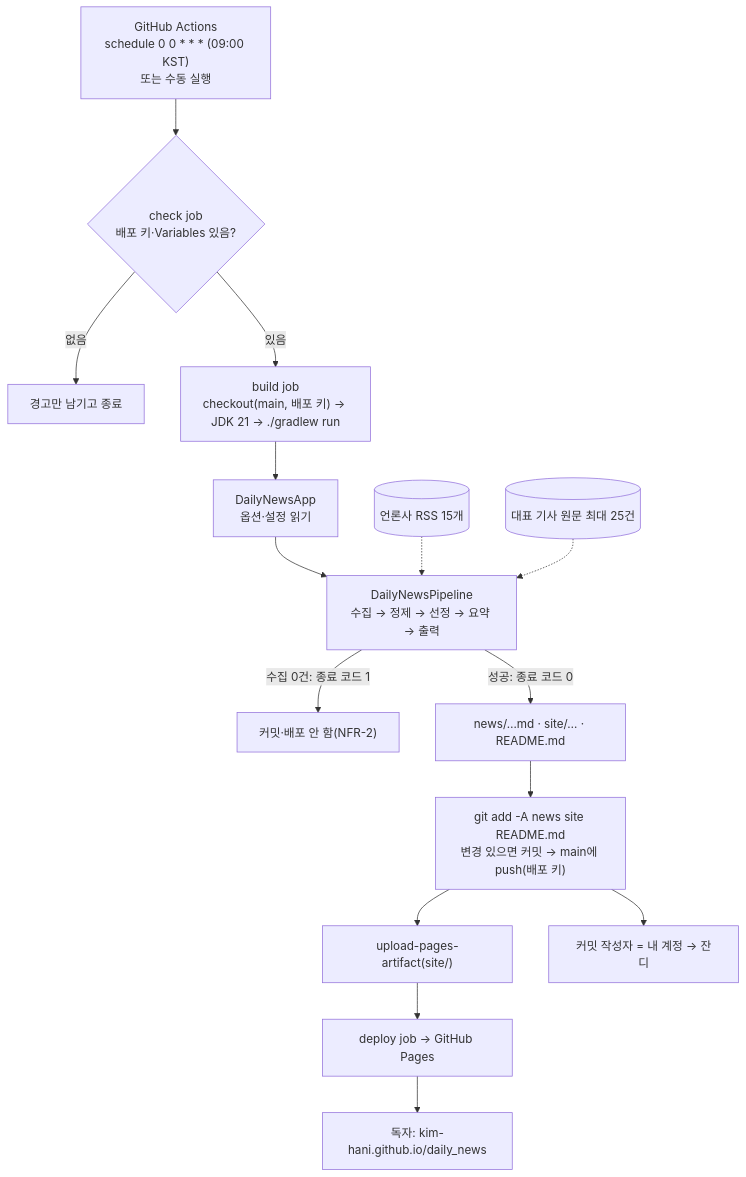
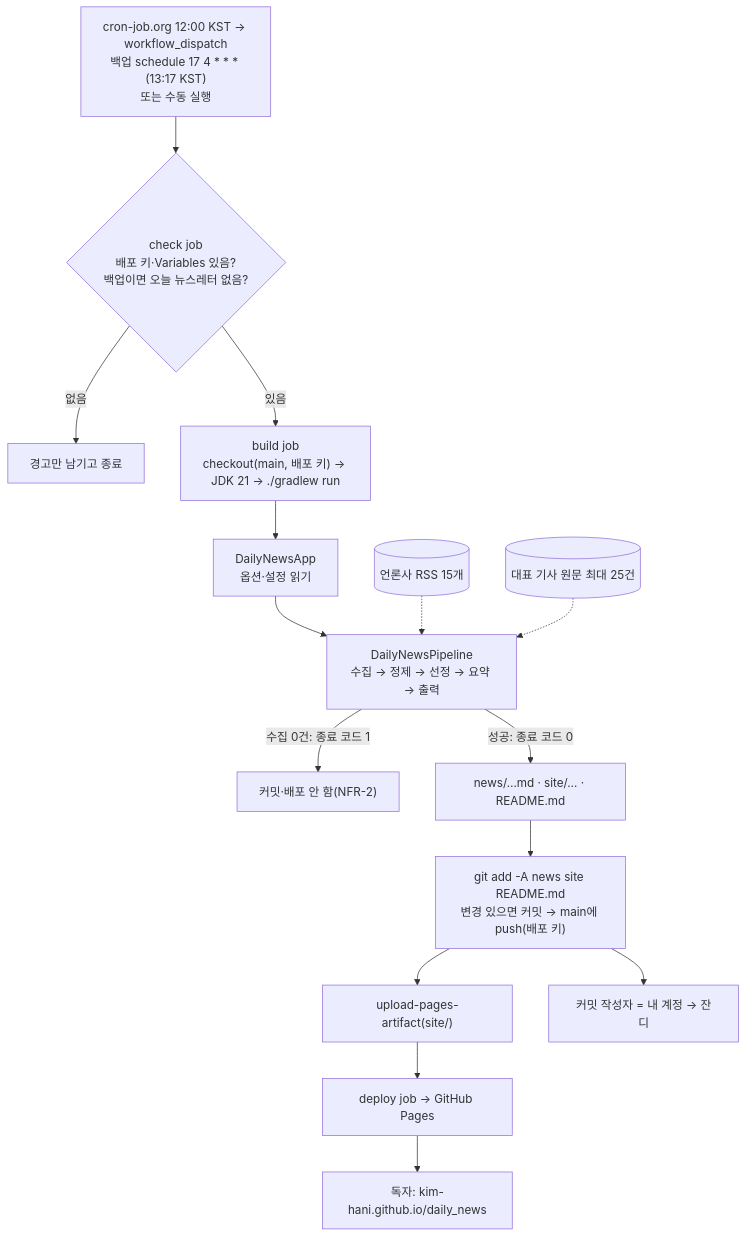
The first of 4 diagrams in docs/feature/daily-news/implementation.md (kim-hani/daily_news), drawn with Mermaid before and after one commit. The commit also changed other lines of this file and 6 other files, not shown here.

First line of the commit message:
ci: 뉴스레터 실행을 12:00 KST 외부 트리거로 옮기고 schedule은 백업으로 둔다

````diff
--- a/docs/feature/daily-news/implementation.md
+++ b/docs/feature/daily-news/implementation.md
@@ -29,18 +29,18 @@
 ```mermaid
 flowchart TD
-    cron["GitHub Actions<br/>schedule 0 0 * * * (09:00 KST)<br/>또는 수동 실행"] --> check{"check job<br/>배포 키·Variables 있음?"}
+    cron["cron-job.org 12:00 KST → workflow_dispatch<br/>백업 schedule 17 4 * * * (13:17 KST)<br/>또는 수동 실행"] --> check{"check job<br/>배포 키·Variables 있음?<br/>백업이면 오늘 뉴스레터 없음?"}
     check -- 없음 --> skip["경고만 남기고 종료"]
     check -- 있음 --> build["build job<br/>checkout(main, 배포 키) → JDK 21 → ./gradlew run"]
     build --> app["DailyNewsApp<br/>옵션·설정 읽기"]
     app --> pipe["DailyNewsPipeline<br/>수집 → 정제 → 선정 → 요약 → 출력"]
     pipe -- "수집 0건: 종료 코드 1" --> stop["커밋·배포 안 함(NFR-2)"]
     pipe -- "성공: 종료 코드 0" --> files["news/…md · site/… · README.md"]
     files --> commit["git add -A news site README.md<br/>변경 있으면 커밋 → main에 push(배포 키)"]
     commit --> artifact["upload-pages-artifact(site/)"]
     artifact --> deploy["deploy job → GitHub Pages"]
     deploy --> reader["독자: kim-hani.github.io/daily_news"]
     commit --> grass["커밋 작성자 = 내 계정 → 잔디"]
 
     rss[("언론사 RSS 15개")] -.-> pipe
     html[("대표 기사 원문 최대 25건")] -.-> pipe
 ```
````
